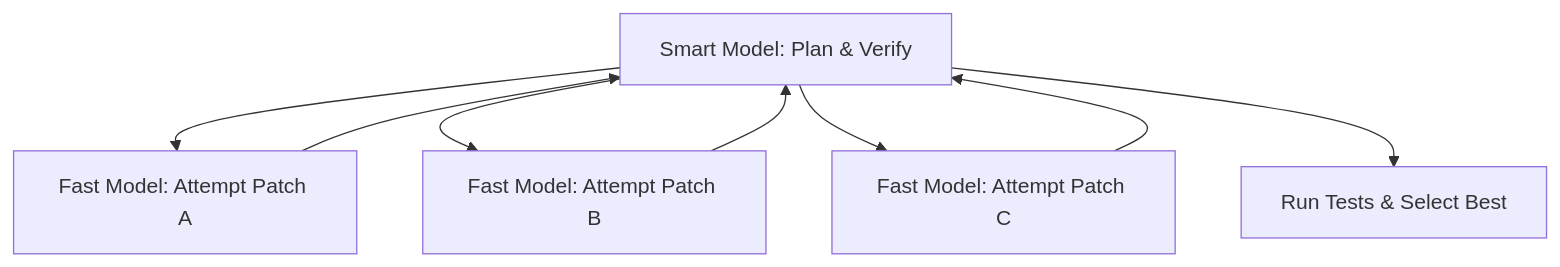
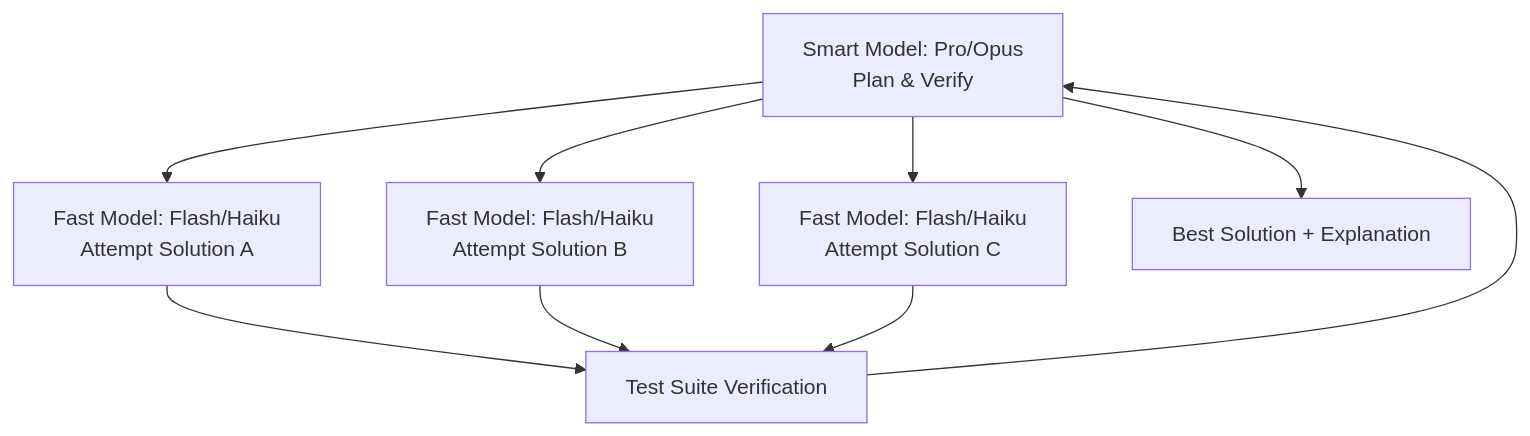
The third of 3 diagrams in slides.md (mldangelo/eairg-coding-agent-talk), drawn with Mermaid before and after one commit. The commit also changed other lines of this file, not shown here.

````diff
--- a/slides.md
+++ b/slides.md
@@ -190,10 +206,11 @@
 ```mermaid
 graph TD
-    Manager["Smart Model: Plan & Verify"] --> Worker1["Fast Model: Attempt Patch A"]
-    Manager --> Worker2["Fast Model: Attempt Patch B"]
-    Manager --> Worker3["Fast Model: Attempt Patch C"]
-    Worker1 --> Manager
-    Worker2 --> Manager
-    Worker3 --> Manager
-    Manager --> Verifier["Run Tests & Select Best"]
+    Manager["Smart Model: Pro/Opus<br/>Plan & Verify"] --> Worker1["Fast Model: Flash/Haiku<br/>Attempt Solution A"]
+    Manager --> Worker2["Fast Model: Flash/Haiku<br/>Attempt Solution B"]
+    Manager --> Worker3["Fast Model: Flash/Haiku<br/>Attempt Solution C"]
+    Worker1 --> Tests[Test Suite Verification]
+    Worker2 --> Tests
+    Worker3 --> Tests
+    Tests --> Manager
+    Manager --> User[Best Solution + Explanation]
 ```
````
